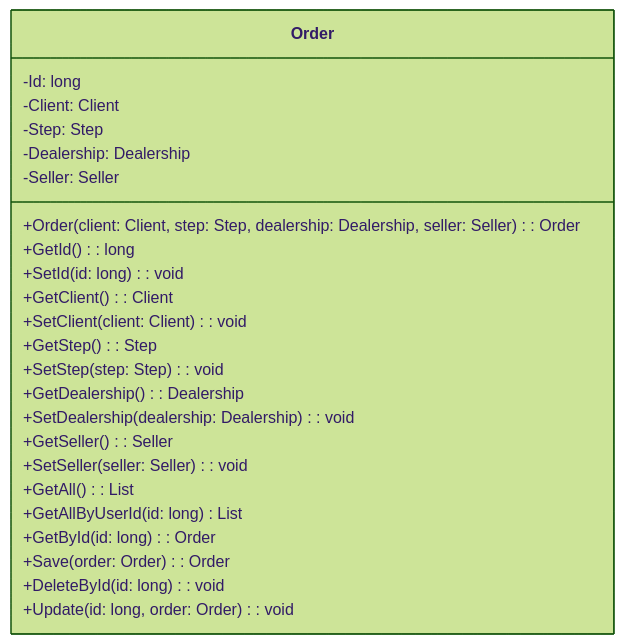
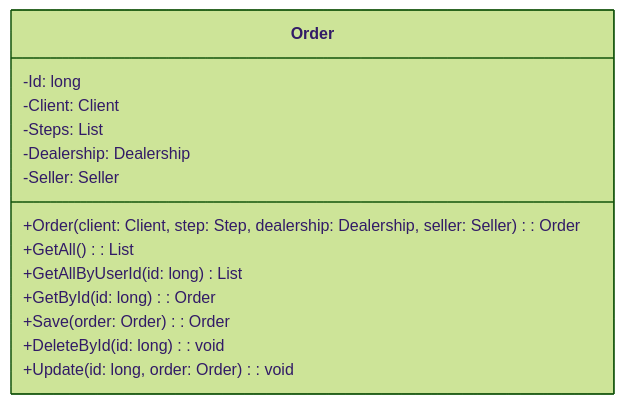
One commit to AndreLucas0/diagrama-de-classes-projeto-integrador changed diagram 17 of 17 in Classes.md. Above: the diagram before and after it, drawn with Mermaid (forest theme). The commit also changed other lines of this file, not shown here.

Commit message:
diagrama de classes sem relacoes finalizado

````diff
--- a/Classes.md
+++ b/Classes.md
@@ -159,27 +264,17 @@
 ```mermaid
 classDiagram
     class Order {
         -Id: long
         -Client: Client
-        -Step: Step
+        -Steps: List<Step>
         -Dealership: Dealership
         -Seller: Seller
         +Order (client: Client, step: Step, dealership: Dealership, seller: Seller): Order
-        +GetId (): long
-        +SetId (id: long): void
-        +GetClient (): Client
-        +SetClient (client: Client): void
-        +GetStep (): Step
-        +SetStep (step: Step): void
-        +GetDealership (): Dealership
-        +SetDealership (dealership: Dealership): void
-        +GetSeller (): Seller
-        +SetSeller (seller: Seller): void
         +GetAll (): List<Order>
         +GetAllByUserId (id: long) List<Order>
         +GetById (id: long): Order
         +Save (order: Order): Order
         +DeleteById (id: long): void
         +Update (id: long, order: Order): void
     }
 ```
````
